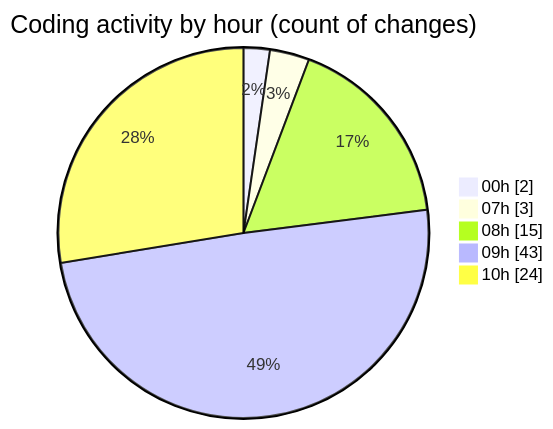
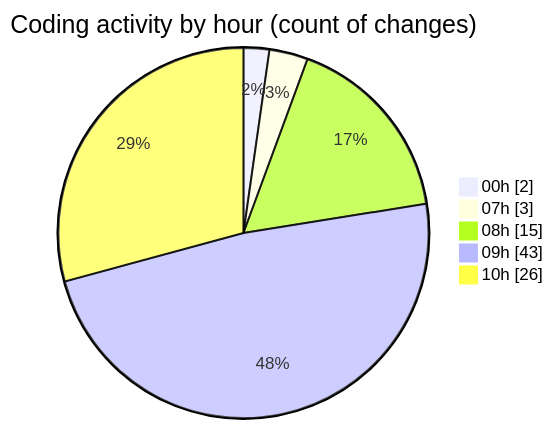
Before and after one commit to donsfak/code-tracking: the second of 2 diagrams in 2025-02-10/maps_clone/README.md, drawn with Mermaid. The commit also changed other lines of this file and 1 other file, not shown here.

````diff
--- a/2025-02-10/maps_clone/README.md
+++ b/2025-02-10/maps_clone/README.md
@@ -38,9 +38,9 @@
 ```mermaid
 pie showData
 title Coding activity by hour (count of changes)
 "00h" : 2
 "07h" : 3
 "08h" : 15
 "09h" : 43
-"10h" : 24
+"10h" : 26
 ```
````
